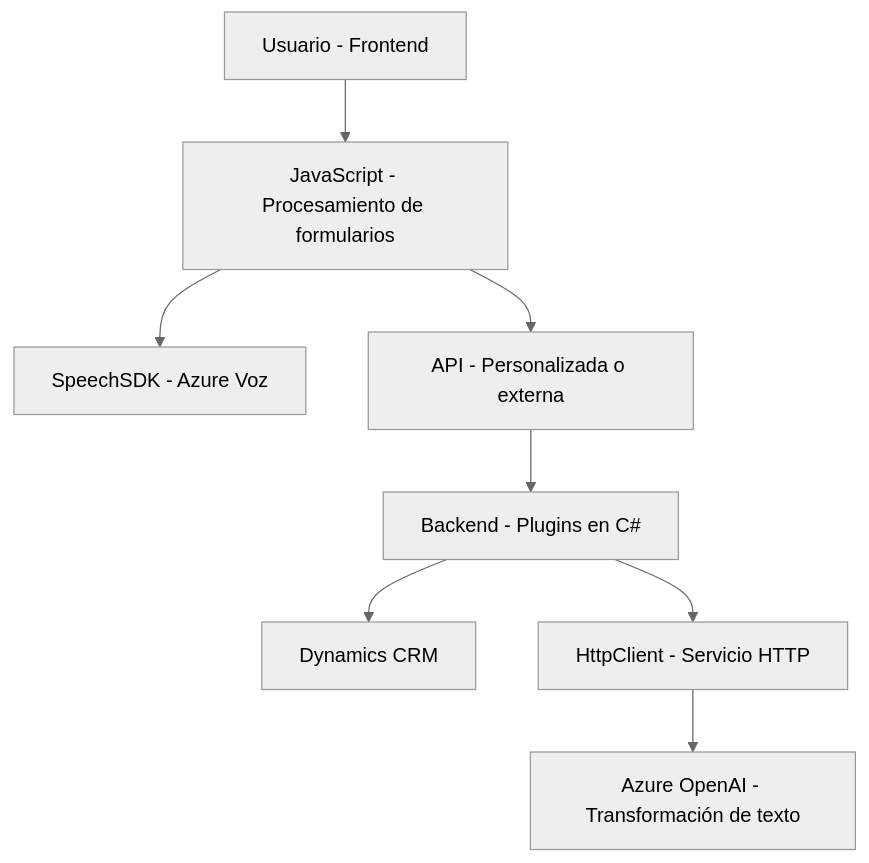
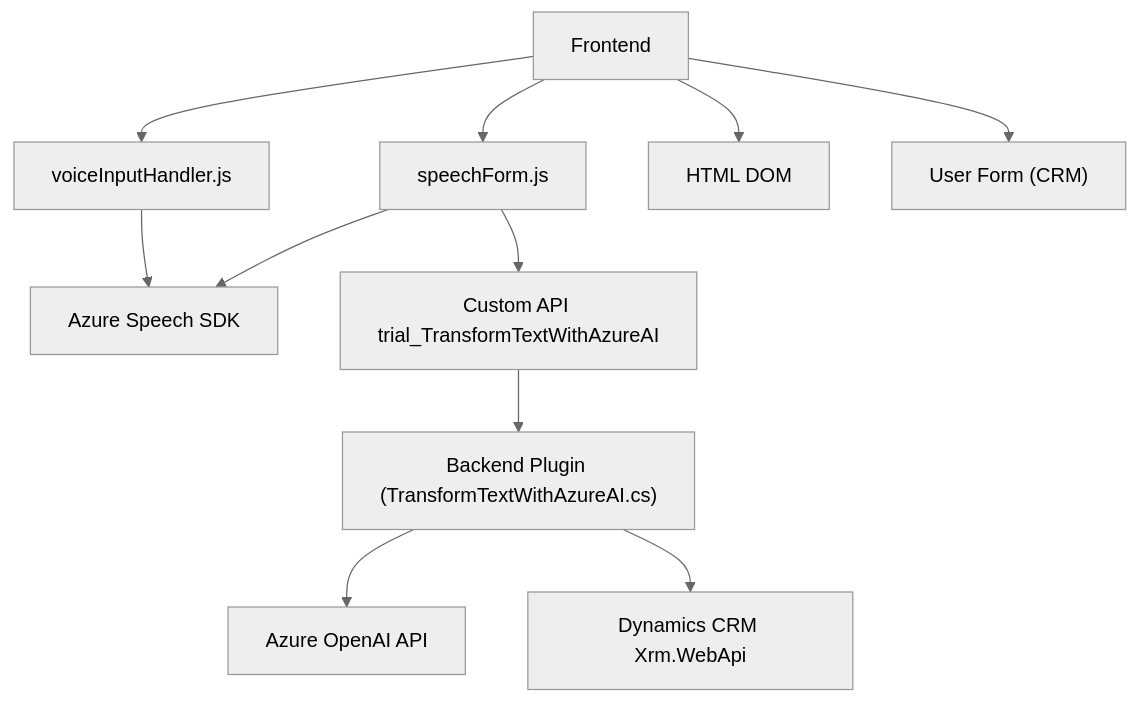
The diagram in README.md (blopezdm/NETCORE_BILBAO2025), drawn with Mermaid (neutral theme) before and after one commit. The commit also changed other lines of this file, not shown here.

````diff
--- a/README.md
+++ b/README.md
@@ -46,19 +49,16 @@
 ```mermaid
 graph TD
-    A["Usuario - Frontend"]
-    B["JavaScript - Procesamiento de formularios"]
-    C["SpeechSDK - Azure Voz"]
-    D["API - Personalizada o externa"]
-    E["Backend - Plugins en C#"]
-    F["Dynamics CRM"]
-    G["HttpClient - Servicio HTTP"]
-    H["Azure OpenAI - Transformación de texto"]
+    A["Frontend"] --> B["voiceInputHandler.js"]
+    A["Frontend"] --> C["speechForm.js"]
 
-    A --> B
-    B --> C
-    B --> D
-    D --> E
-    E --> F
-    E --> G
-    G --> H
+    B["voiceInputHandler.js"] --> D["Azure Speech SDK"]
+    C["speechForm.js"] --> D["Azure Speech SDK"]
+    C["speechForm.js"] --> E["Custom API trial_TransformTextWithAzureAI"]
+
+    E["Custom API trial_TransformTextWithAzureAI"] --> F["Backend Plugin (TransformTextWithAzureAI.cs)"]
+    F["Backend Plugin (TransformTextWithAzureAI.cs)"] --> G["Azure OpenAI API"]
+    F["Backend Plugin (TransformTextWithAzureAI.cs)"] --> H["Dynamics CRM Xrm.WebApi"]
+
+    A["Frontend"] --> I["HTML DOM"]
+    A["Frontend"] --> J["User Form (CRM)"]
 ```
````
